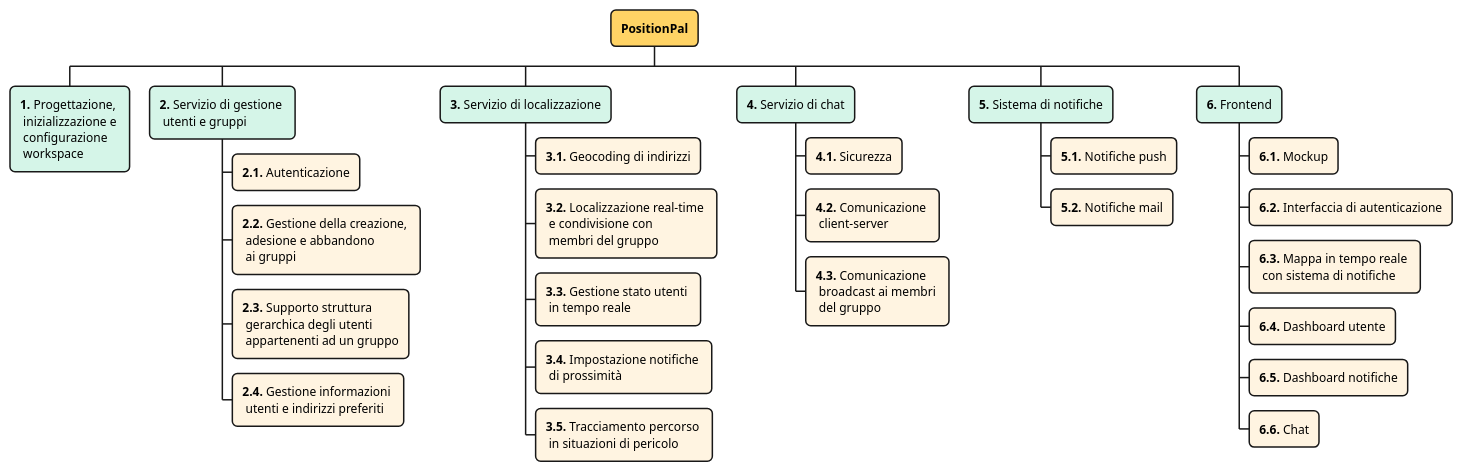
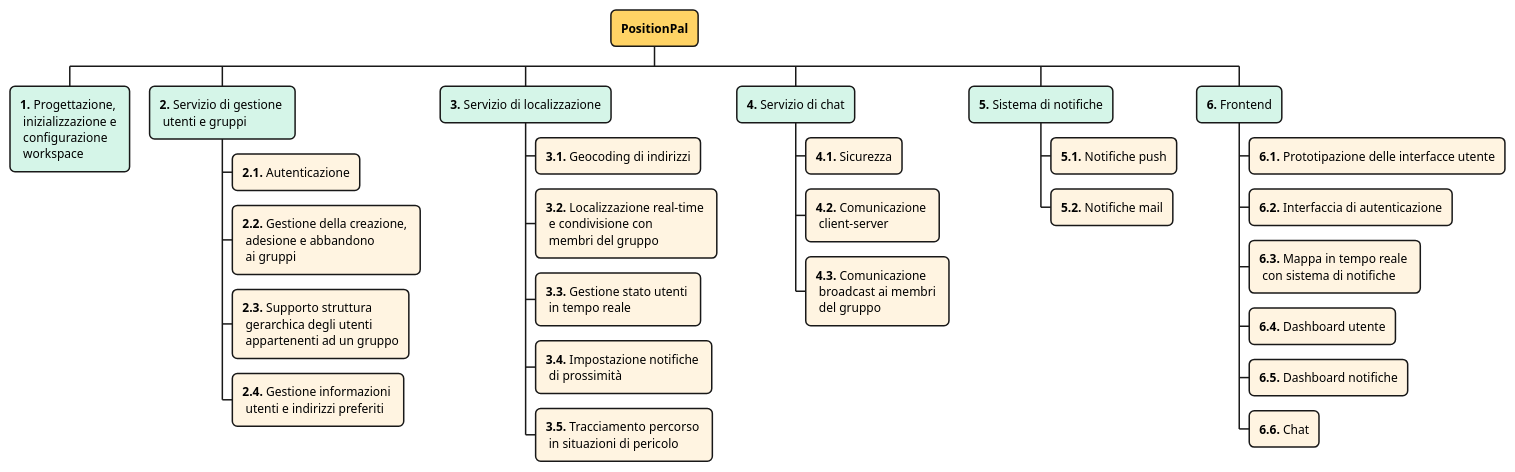
One commit to position-pal/PM-report changed the diagram in _attachments/2-rbs.md. Above: the diagram before and after it, drawn with PlantUML. The commit also changed other lines of this file and 4 other files, not shown here.

````diff
--- a/_attachments/2-rbs.md
+++ b/_attachments/2-rbs.md
@@ -54,56 +54,56 @@
 ```plantuml
 @startwbs rbs
 <style>
 node {
    RoundCorner 10
    :depth(0) {
       BackgroundColor #FFD365
    }
    :depth(1) {
       BackgroundColor #D5F5E8
    }
    :depth(2) {
       BackgroundColor #FFF4E1
    }
 }
 boxless { // will target boxless node with '_'
    FontColor #2C3E50
 }
 </style>
 
 + **PositionPal**
 
 ++ **1.** Progettazione, \n inizializzazione e \n configurazione \n workspace
 
 ++ **2.** Servizio di gestione \n utenti e gruppi
 +++ **2.1.** Autenticazione
 +++ **2.2.** Gestione della creazione, \n adesione e abbandono \n ai gruppi
 +++ **2.3.** Supporto struttura \n gerarchica degli utenti \n appartenenti ad un gruppo
 +++ **2.4.** Gestione informazioni \n utenti e indirizzi preferiti
 
 ++ **3.** Servizio di localizzazione
 +++ **3.1.** Geocoding di indirizzi
 +++ **3.2.** Localizzazione real-time \n e condivisione con \n membri del gruppo
 +++ **3.3.** Gestione stato utenti \n in tempo reale
 +++ **3.4.** Impostazione notifiche \n di prossimità
 +++ **3.5.** Tracciamento percorso \n in situazioni di pericolo
 
 ++ **4.** Servizio di chat
 +++ **4.1.** Sicurezza
 +++ **4.2.** Comunicazione \n client-server
 +++ **4.3.** Comunicazione \n broadcast ai membri \n del gruppo
 
 ++ **5.** Sistema di notifiche
 +++ **5.1.** Notifiche push
 +++ **5.2.** Notifiche mail
 
 ++ **6.** Frontend
-+++ **6.1.** Mockup
++++ **6.1.** Prototipazione delle interfacce utente
 +++ **6.2.** Interfaccia di autenticazione
 +++ **6.3.** Mappa in tempo reale \n con sistema di notifiche
 +++ **6.4.** Dashboard utente
 +++ **6.5.** Dashboard notifiche
 +++ **6.6.** Chat
 
 @endwbs
 ```
````
